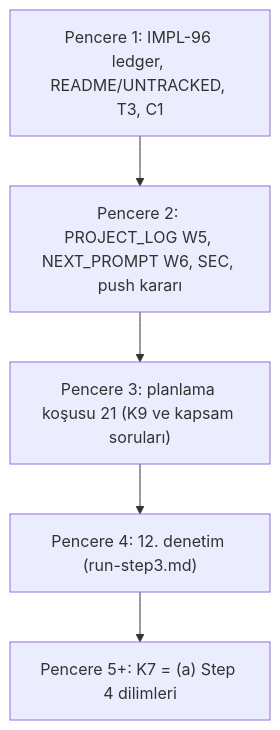
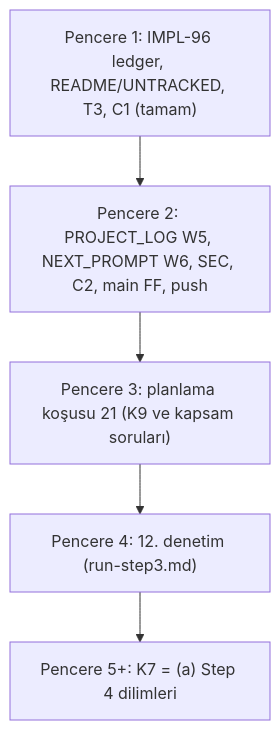
One commit to ahmetxa/ishtar_cam_modes changed the diagram in NEXT_PROMPT.md. Above: the diagram before and after it, drawn with Mermaid. The commit also changed other lines of this file and 7 other files, not shown here.

````diff
--- a/NEXT_PROMPT.md
+++ b/NEXT_PROMPT.md
@@ -98,7 +99,7 @@
 ```mermaid
 flowchart TD
-  P1["Pencere 1: IMPL-96 ledger, README/UNTRACKED, T3, C1"] --> P2["Pencere 2: PROJECT_LOG W5, NEXT_PROMPT W6, SEC, push kararı"]
+  P1["Pencere 1: IMPL-96 ledger, README/UNTRACKED, T3, C1 (tamam)"] --> P2["Pencere 2: PROJECT_LOG W5, NEXT_PROMPT W6, SEC, C2, main FF, push"]
   P2 --> P3["Pencere 3: planlama koşusu 21 (K9 ve kapsam soruları)"]
   P3 --> P4["Pencere 4: 12. denetim (run-step3.md)"]
   P4 --> P5["Pencere 5+: K7 = (a) Step 4 dilimleri"]
 ```
````
